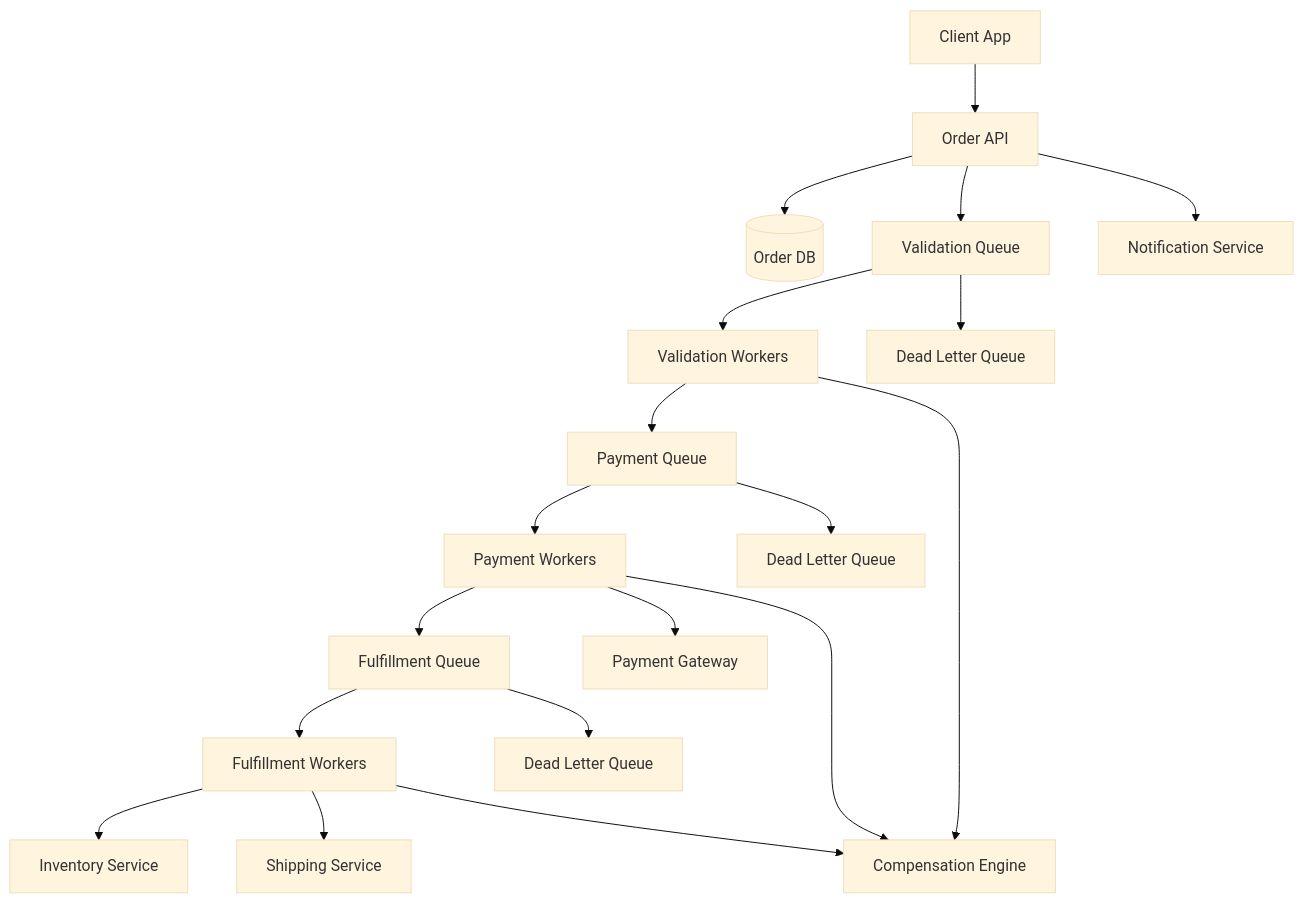
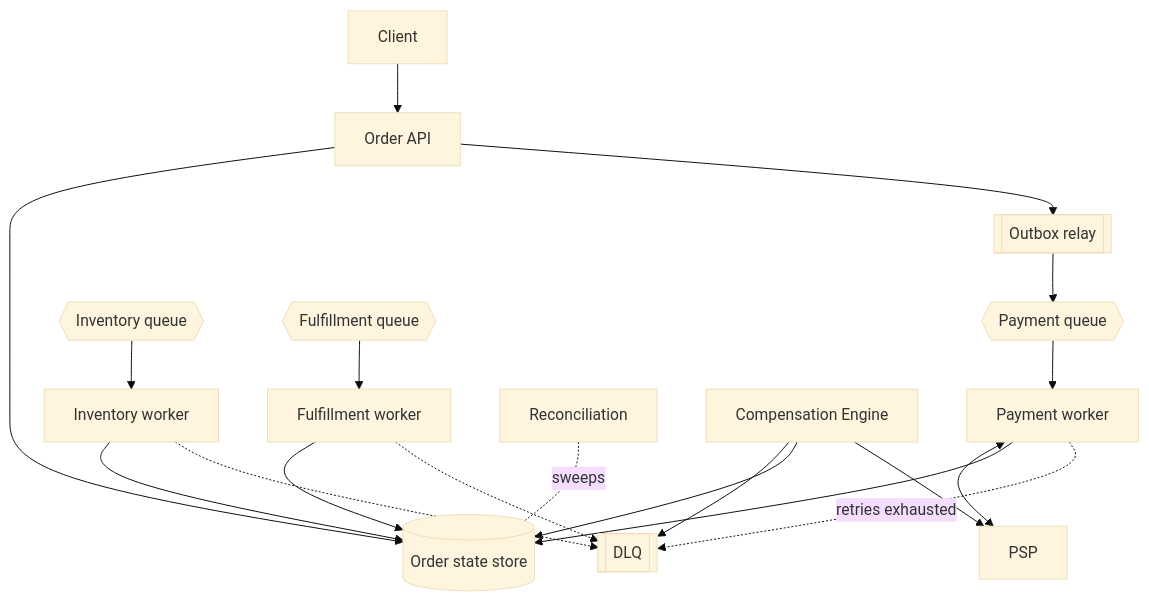
One commit to abhishekghoshh/system-design-helper changed the fourth of 21 diagrams in docs/system-design/high-level/designing/advanced/fault-tolerant-order-processing-system.md. Above: the diagram before and after it, drawn with Mermaid (base theme). The commit also changed other lines of this file and 107 other files, not shown here.

````diff
--- a/docs/system-design/high-level/designing/advanced/fault-tolerant-order-processing-system.md
+++ b/docs/system-design/high-level/designing/advanced/fault-tolerant-order-processing-system.md
@@ -293,21 +235,21 @@
 ```mermaid
-graph TD
-  Client[Client App] --> API[Order API]
-  API --> OrderDB[(Order DB)]
-  API --> Queue1[Validation Queue]
-  Queue1 --> ValidWorker[Validation Workers]
-  ValidWorker --> Queue2[Payment Queue]
-  Queue2 --> PaymentWorker[Payment Workers]
-  PaymentWorker --> Queue3[Fulfillment Queue]
-  Queue3 --> FulfillWorker[Fulfillment Workers]
-  Queue1 --> DLQ1[Dead Letter Queue]
-  Queue2 --> DLQ2[Dead Letter Queue]
-  Queue3 --> DLQ3[Dead Letter Queue]
-  ValidWorker --> Comp[Compensation Engine]
-  PaymentWorker --> Comp
-  FulfillWorker --> Comp
-  PaymentWorker --> PaymentGW[Payment Gateway]
-  FulfillWorker --> InvSvc[Inventory Service]
-  FulfillWorker --> ShipSvc[Shipping Service]
-  API --> NotifySvc[Notification Service]
+flowchart TB
+    C[Client] --> API[Order API]
+    API --> DB[(Order state store)]
+    API --> OUT[[Outbox relay]]
+    OUT --> Q1{{Payment queue}}
+    Q1 --> W1[Payment worker]
+    W1 <--> PSP[PSP]
+    W1 --> DB
+    Q2{{Inventory queue}} --> W2[Inventory worker]
+    W2 --> DB
+    Q3{{Fulfillment queue}} --> W3[Fulfillment worker]
+    W3 --> DB
+    W1 -.retries exhausted.-> DLQ[[DLQ]]
+    W2 -.-> DLQ
+    W3 -.-> DLQ
+    REC[Reconciliation] -.sweeps.- DB
+    COMP[Compensation Engine] --> DLQ
+    COMP --> DB
+    COMP --> PSP
 ```
````
